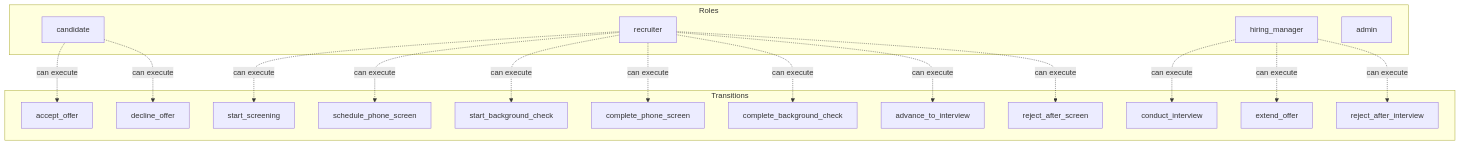
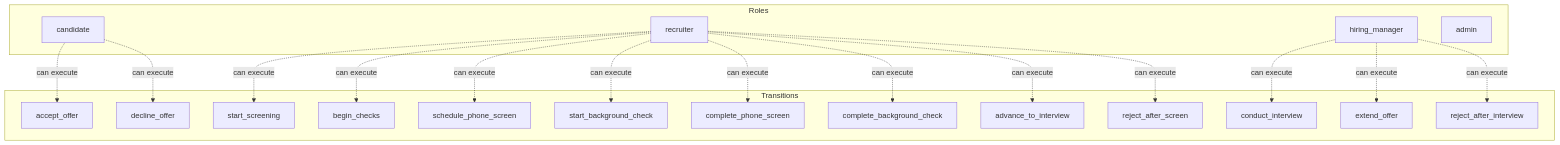
The fourth of 4 diagrams in generated/jobapplication/README.md (pflow-xyz/petri-pilot), drawn with Mermaid before and after one commit. The commit also changed other lines of this file and 39 other files, not shown here.

````diff
--- a/generated/jobapplication/README.md
+++ b/generated/jobapplication/README.md
@@ -353,50 +378,53 @@
 ```mermaid
 graph TD
     subgraph Roles
         role_candidate["candidate"]
         role_recruiter["recruiter"]
         role_hiring_manager["hiring_manager"]
         role_admin["admin"]
     end
 
     subgraph Transitions
         t_start_screening["start_screening"]
+        t_begin_checks["begin_checks"]
         t_schedule_phone_screen["schedule_phone_screen"]
         t_start_background_check["start_background_check"]
         t_complete_phone_screen["complete_phone_screen"]
         t_complete_background_check["complete_background_check"]
         t_advance_to_interview["advance_to_interview"]
         t_conduct_interview["conduct_interview"]
         t_extend_offer["extend_offer"]
         t_accept_offer["accept_offer"]
         t_reject_after_screen["reject_after_screen"]
         t_reject_after_interview["reject_after_interview"]
         t_decline_offer["decline_offer"]
     end
 
 
     role_recruiter -.->|can execute| t_start_screening
+
+    role_recruiter -.->|can execute| t_begin_checks
 
     role_recruiter -.->|can execute| t_schedule_phone_screen
 
     role_recruiter -.->|can execute| t_start_background_check
 
     role_recruiter -.->|can execute| t_complete_phone_screen
 
     role_recruiter -.->|can execute| t_complete_background_check
 
     role_recruiter -.->|can execute| t_advance_to_interview
 
     role_hiring_manager -.->|can execute| t_conduct_interview
 
     role_hiring_manager -.->|can execute| t_extend_offer
 
     role_candidate -.->|can execute| t_accept_offer
 
     role_recruiter -.->|can execute| t_reject_after_screen
 
     role_hiring_manager -.->|can execute| t_reject_after_interview
 
     role_candidate -.->|can execute| t_decline_offer
 
 ```
````
